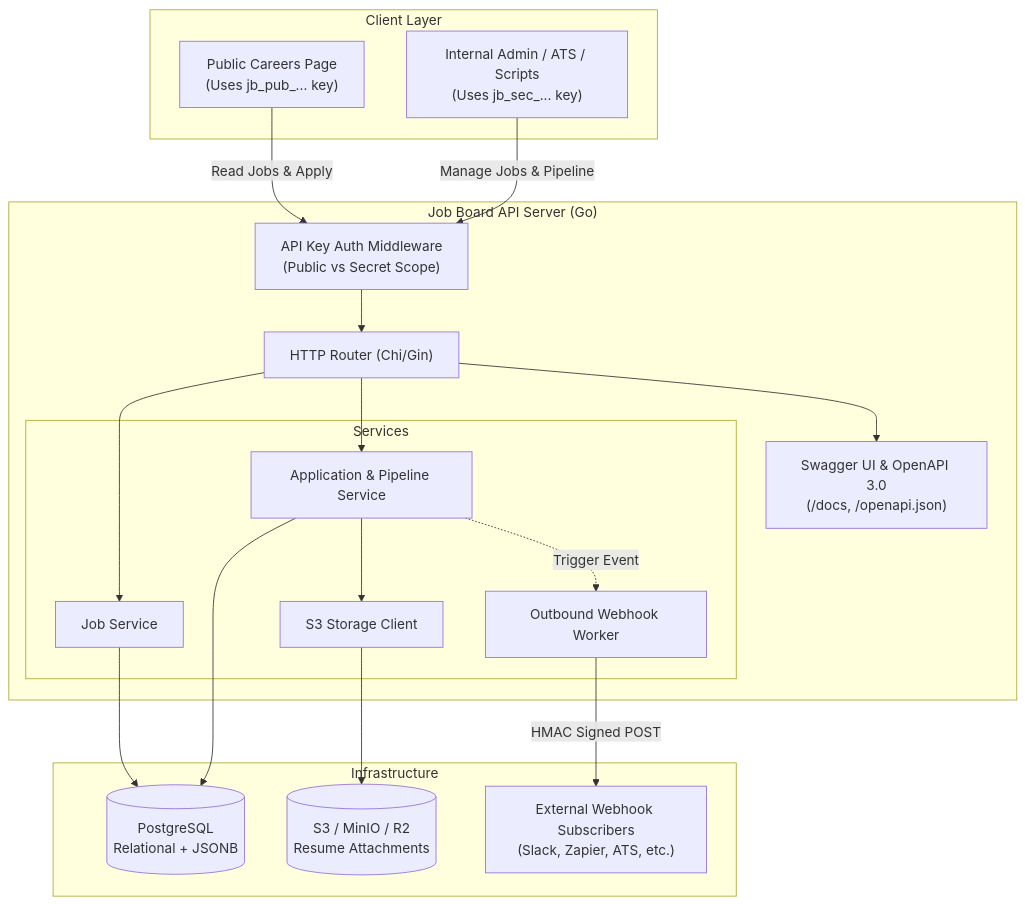
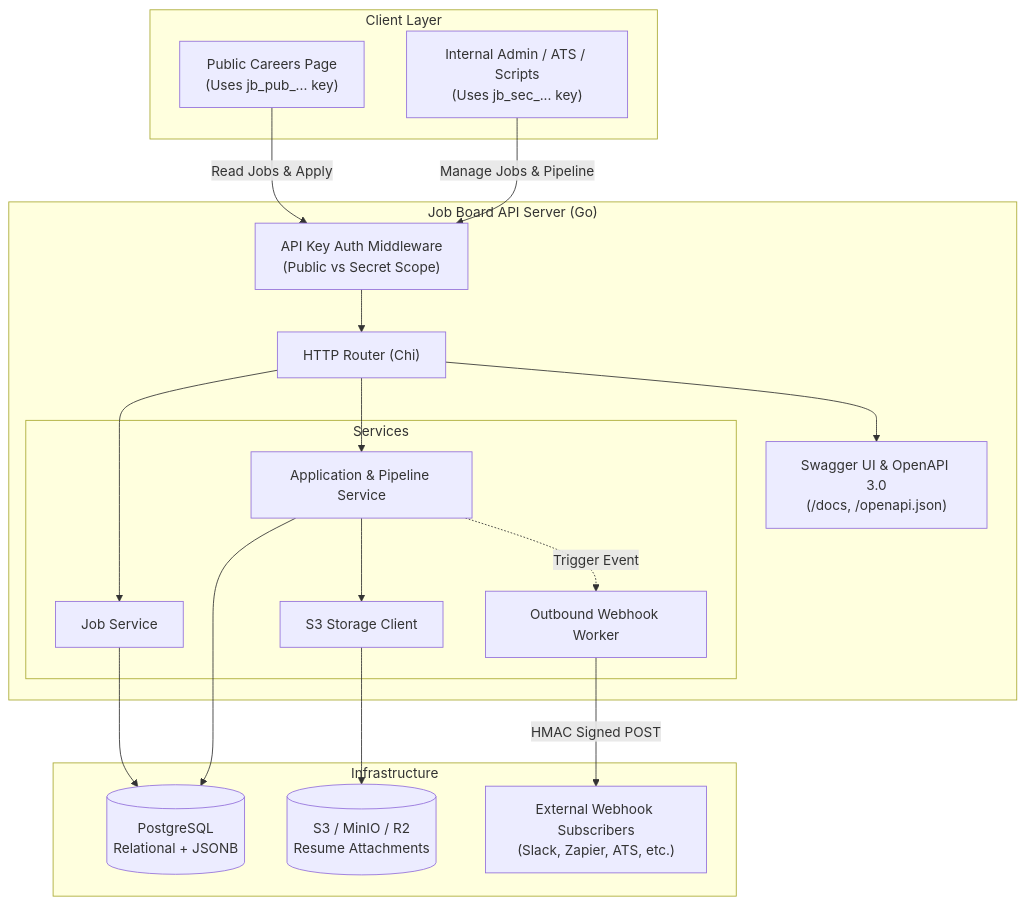
One commit to priyanshuguptadev/job-board changed the diagram in .agents/rules/architecture.md. Above: the diagram before and after it, drawn with Mermaid. The commit also changed other lines of this file and 1 other file, not shown here.

Commit message:
docs(router): standardize HTTP router choice to chi

````diff
--- a/.agents/rules/architecture.md
+++ b/.agents/rules/architecture.md
@@ -7,40 +7,40 @@
 ```mermaid
 flowchart TD
     subgraph ClientLayer ["Client Layer"]
         PublicWeb["Public Careers Page<br/>(Uses jb_pub_... key)"]
         AdminDashboard["Internal Admin / ATS / Scripts<br/>(Uses jb_sec_... key)"]
     end
 
     subgraph ServerLayer ["Job Board API Server (Go)"]
         AuthMW["API Key Auth Middleware<br/>(Public vs Secret Scope)"]
-        Router["HTTP Router (Chi/Gin)"]
+        Router["HTTP Router (Chi)"]
         
         subgraph ServicesLayer ["Services"]
             JobSvc["Job Service"]
             AppSvc["Application & Pipeline Service"]
             WebhookSvc["Outbound Webhook Worker"]
             StorageSvc["S3 Storage Client"]
         end
         
         OpenAPI["Swagger UI & OpenAPI 3.0<br/>(/docs, /openapi.json)"]
     end
 
     subgraph InfraLayer ["Infrastructure"]
         Postgres[("PostgreSQL<br/>Relational + JSONB")]
         S3Bucket[("S3 / MinIO / R2<br/>Resume Attachments")]
         ExternalWebhooks["External Webhook Subscribers<br/>(Slack, Zapier, ATS, etc.)"]
     end
 
     PublicWeb -->|Read Jobs & Apply| AuthMW
     AdminDashboard -->|Manage Jobs & Pipeline| AuthMW
     AuthMW --> Router
     Router --> JobSvc
     Router --> AppSvc
     Router --> OpenAPI
     JobSvc --> Postgres
     AppSvc --> Postgres
     AppSvc --> StorageSvc
     StorageSvc --> S3Bucket
     AppSvc -.->|Trigger Event| WebhookSvc
     WebhookSvc -->|HMAC Signed POST| ExternalWebhooks
 ```
````
